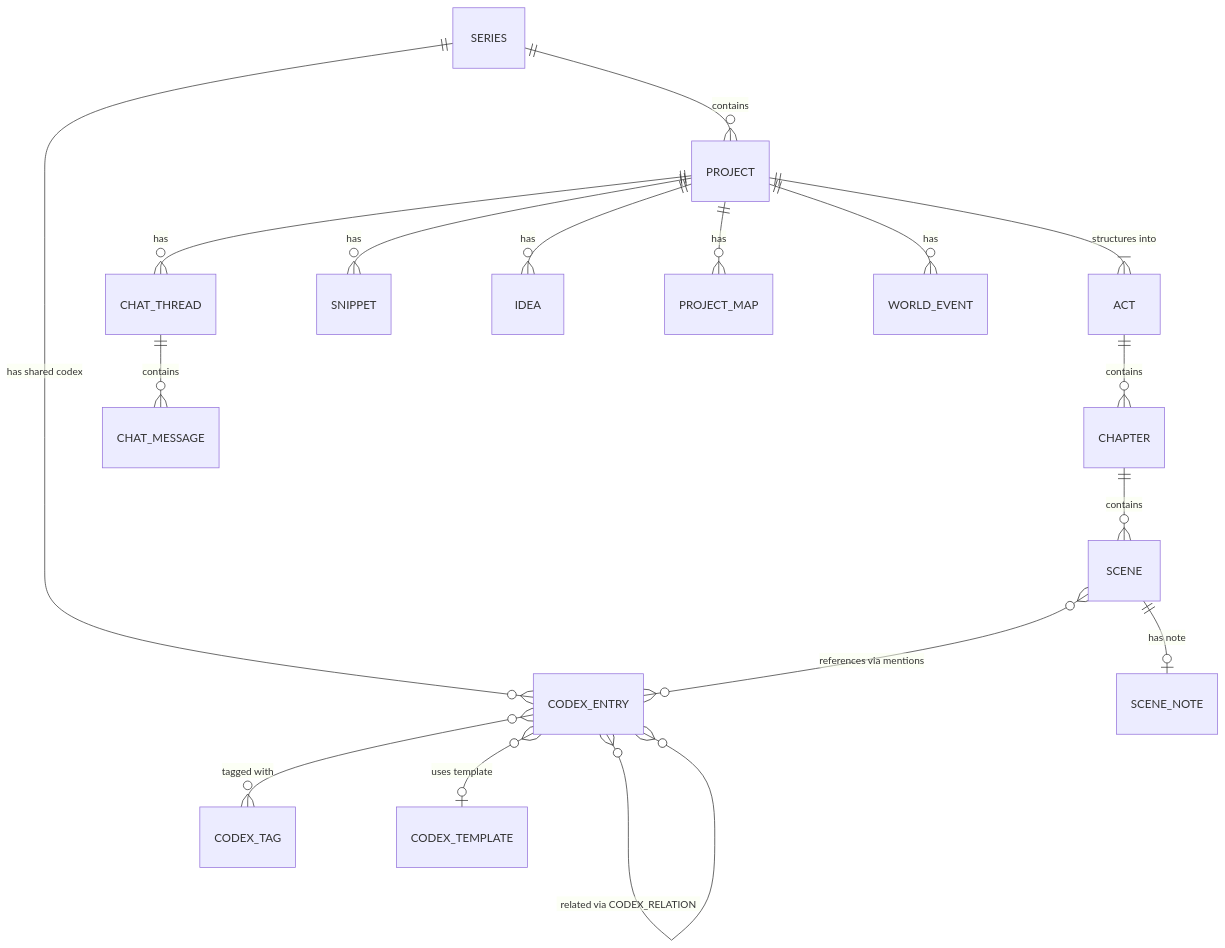
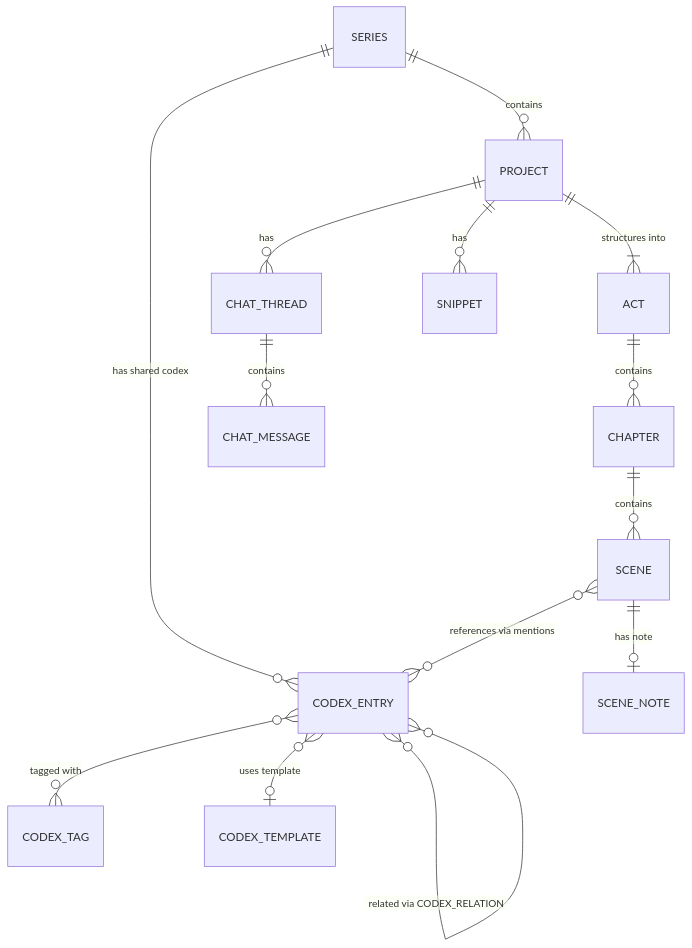
Before and after one commit to Sai-Roopesh/becomeAnAuthor: the sixth of 6 diagrams in docs/hld.md, drawn with Mermaid. The commit also changed other lines of this file and 2 other files, not shown here.

First line of the commit message:
docs: remove references to deleted map and world timeline features

````diff
--- a/docs/hld.md
+++ b/docs/hld.md
@@ -555,19 +552,16 @@
 ```mermaid
 erDiagram
     SERIES ||--o{ PROJECT : contains
     SERIES ||--o{ CODEX_ENTRY : "has shared codex"
     PROJECT ||--|{ ACT : "structures into"
     ACT ||--o{ CHAPTER : contains
     CHAPTER ||--o{ SCENE : contains
     SCENE }o--o{ CODEX_ENTRY : "references via mentions"
     SCENE ||--o| SCENE_NOTE : "has note"
     PROJECT ||--o{ CHAT_THREAD : has
     CHAT_THREAD ||--o{ CHAT_MESSAGE : contains
     PROJECT ||--o{ SNIPPET : has
-    PROJECT ||--o{ IDEA : has
-    PROJECT ||--o{ PROJECT_MAP : has
-    PROJECT ||--o{ WORLD_EVENT : has
     CODEX_ENTRY }o--o{ CODEX_ENTRY : "related via CODEX_RELATION"
     CODEX_ENTRY }o--o{ CODEX_TAG : "tagged with"
     CODEX_ENTRY }o--o| CODEX_TEMPLATE : "uses template"
 ```
````
